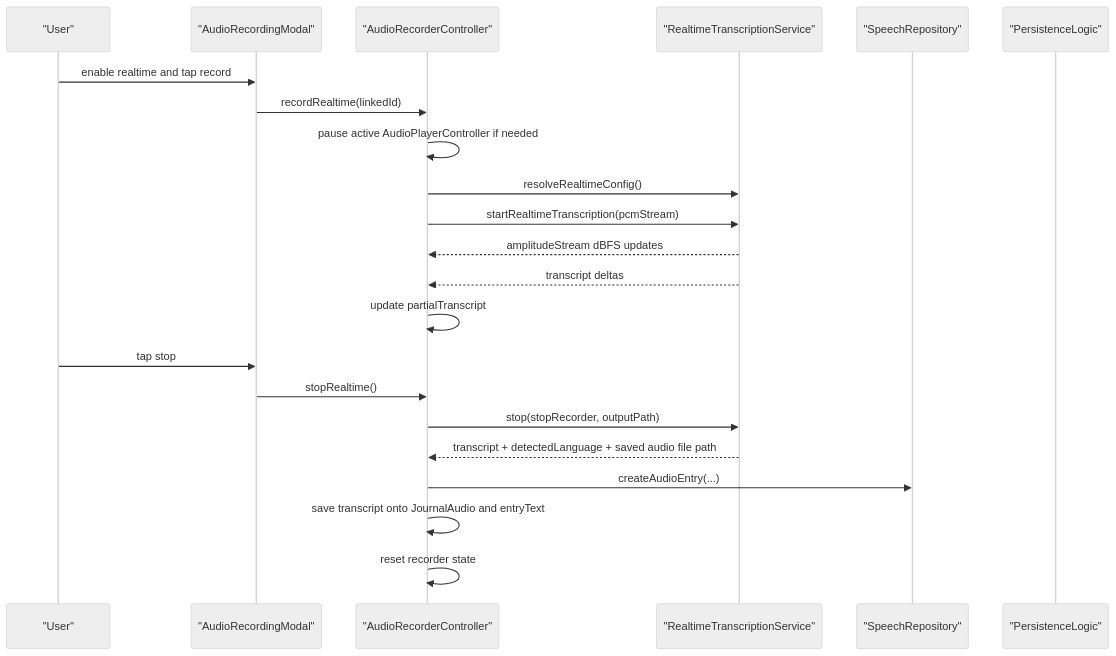
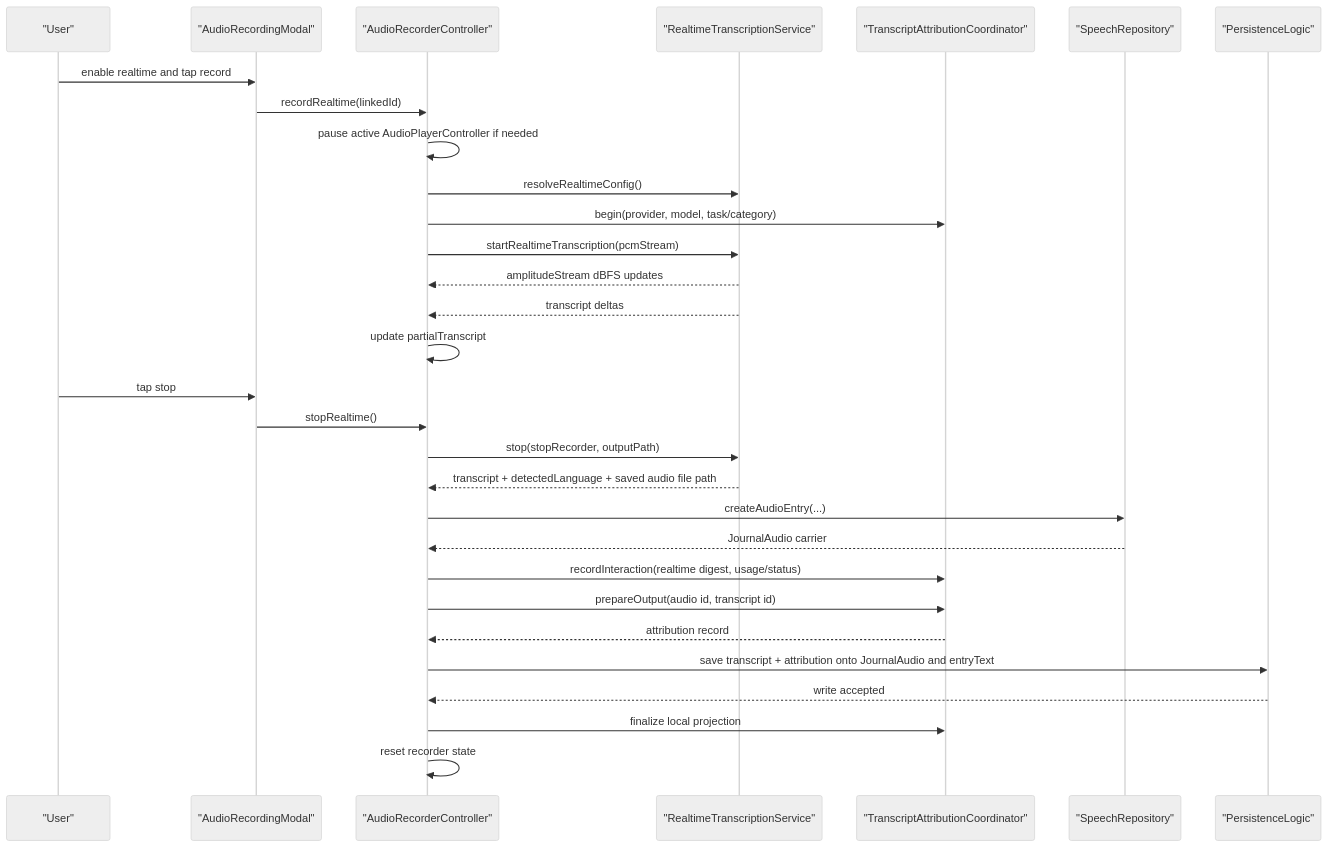
Before and after one commit to matthiasn/lotti: the fourth of 5 diagrams in lib/features/speech/README.md, drawn with Mermaid (neutral theme). The commit also changed other lines of this file and 160 other files, not shown here.

````diff
--- a/lib/features/speech/README.md
+++ b/lib/features/speech/README.md
@@ -227,25 +230,33 @@
 ```mermaid
 sequenceDiagram
   participant User as "User"
   participant Modal as "AudioRecordingModal"
   participant Ctl as "AudioRecorderController"
   participant RT as "RealtimeTranscriptionService"
+  participant Attr as "TranscriptAttributionCoordinator"
   participant Speech as "SpeechRepository"
   participant Persist as "PersistenceLogic"
 
   User->>Modal: enable realtime and tap record
   Modal->>Ctl: recordRealtime(linkedId)
   Ctl->>Ctl: pause active AudioPlayerController if needed
   Ctl->>RT: resolveRealtimeConfig()
+  Ctl->>Attr: begin(provider, model, task/category)
   Ctl->>RT: startRealtimeTranscription(pcmStream)
   RT-->>Ctl: amplitudeStream dBFS updates
   RT-->>Ctl: transcript deltas
   Ctl->>Ctl: update partialTranscript
   User->>Modal: tap stop
   Modal->>Ctl: stopRealtime()
   Ctl->>RT: stop(stopRecorder, outputPath)
   RT-->>Ctl: transcript + detectedLanguage + saved audio file path
   Ctl->>Speech: createAudioEntry(...)
-  Ctl->>Ctl: save transcript onto JournalAudio and entryText
+  Speech-->>Ctl: JournalAudio carrier
+  Ctl->>Attr: recordInteraction(realtime digest, usage/status)
+  Ctl->>Attr: prepareOutput(audio id, transcript id)
+  Attr-->>Ctl: attribution record
+  Ctl->>Persist: save transcript + attribution onto JournalAudio and entryText
+  Persist-->>Ctl: write accepted
+  Ctl->>Attr: finalize local projection
   Ctl->>Ctl: reset recorder state
 ```
````
